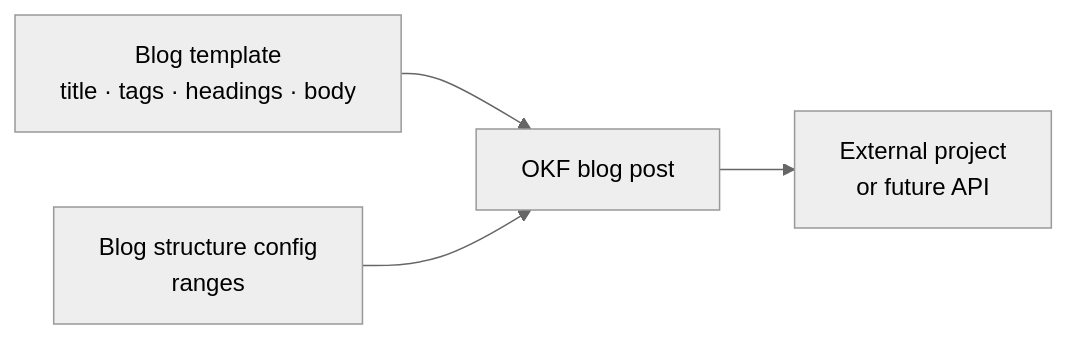
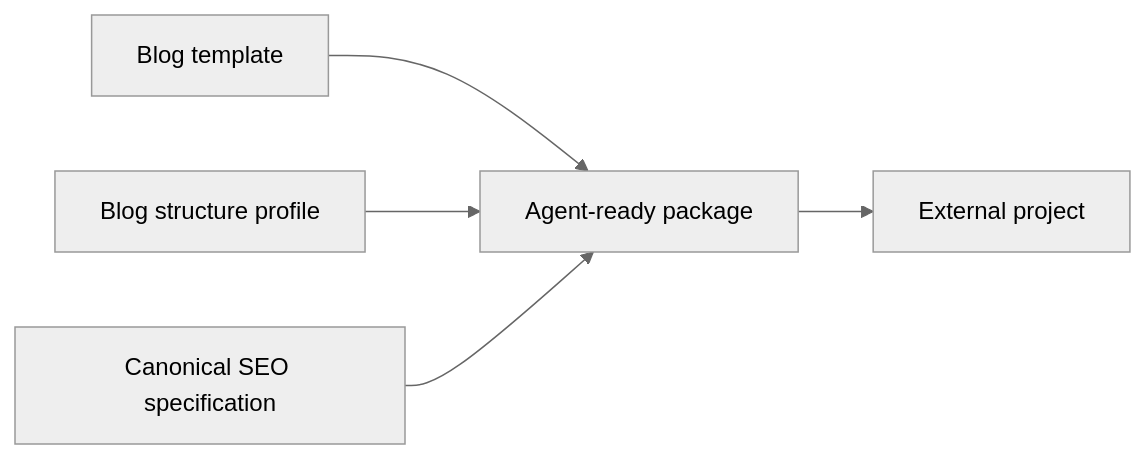
One commit to promotemyapp/post changed the second of 4 diagrams in README.md. Above: the diagram before and after it, drawn with Mermaid (neutral theme). The commit also changed other lines of this file and 1 other file, not shown here.

Commit message:
docs: define agent-ready consumer contract

````diff
--- a/README.md
+++ b/README.md
@@ -11,11 +33,13 @@
 ```mermaid
 flowchart LR
-    Blog[Blog template<br/>title · tags · headings · body]
-    Config[Blog structure config<br/>ranges]
-    Post[OKF blog post]
-    External[External project<br/>or future API]
+    Blog[Blog template]
+    Config[Blog structure profile]
+    Specification[Canonical SEO specification]
+    Package[Agent-ready package]
+    External[External project]
 
-    Blog --> Post
-    Config --> Post
-    Post --> External
+    Blog --> Package
+    Config --> Package
+    Specification --> Package
+    Package --> External
 ```
````
